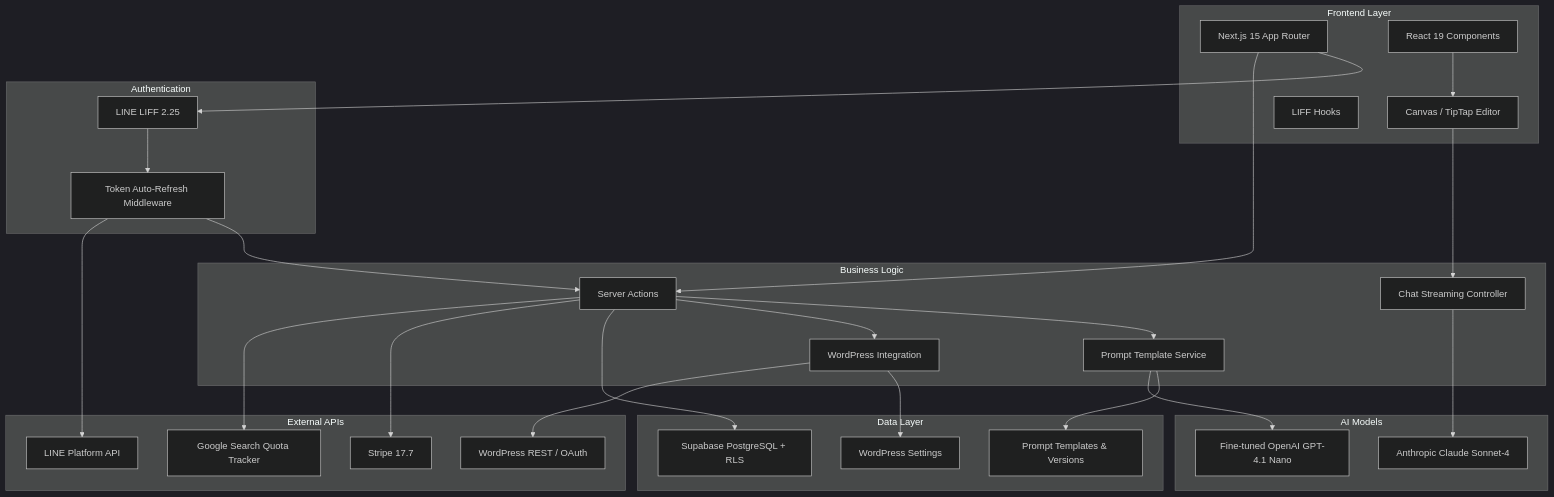
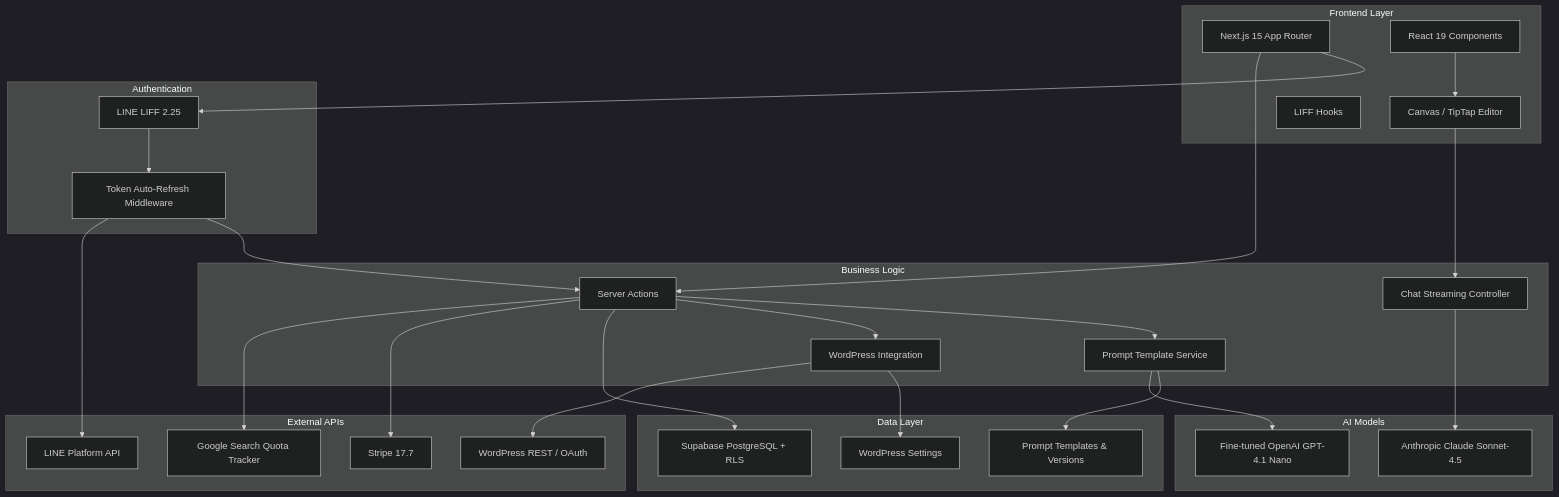
The first of 3 diagrams in README.md (shoma-endo/industry-specific-mc-training), drawn with Mermaid (dark theme) before and after one commit. The commit also changed other lines of this file and 1 other file, not shown here.

````diff
--- a/README.md
+++ b/README.md
@@ -42,57 +42,57 @@
 ```mermaid
 graph TB
     subgraph "Frontend Layer"
         A[Next.js 15 App Router]
         B[React 19 Components]
         C[Canvas / TipTap Editor]
         D[LIFF Hooks]
     end
 
     subgraph "Authentication"
         E[LINE LIFF 2.25]
         F[Token Auto-Refresh Middleware]
     end
 
     subgraph "Business Logic"
         G[Server Actions]
         H[Prompt Template Service]
         I[WordPress Integration]
         J[Chat Streaming Controller]
     end
 
     subgraph "Data Layer"
         K[Supabase PostgreSQL + RLS]
         L[Prompt Templates & Versions]
         M[WordPress Settings]
     end
 
     subgraph "AI Models"
         N[Fine-tuned OpenAI GPT-4.1 Nano]
-        O[Anthropic Claude Sonnet-4]
+    O[Anthropic Claude Sonnet-4.5]
     end
 
     subgraph "External APIs"
         R[Stripe 17.7]
         S[WordPress REST / OAuth]
         T[Google Search Quota Tracker]
         V[LINE Platform API]
     end
 
     A --> E
     A --> G
     B --> C
     C --> J
     E --> F
     F --> G
     G --> H
     G --> I
     G --> K
     H --> L
     I --> M
     J --> O
     H --> N
     G --> R
     I --> S
     G --> T
     F --> V
 ```
````
